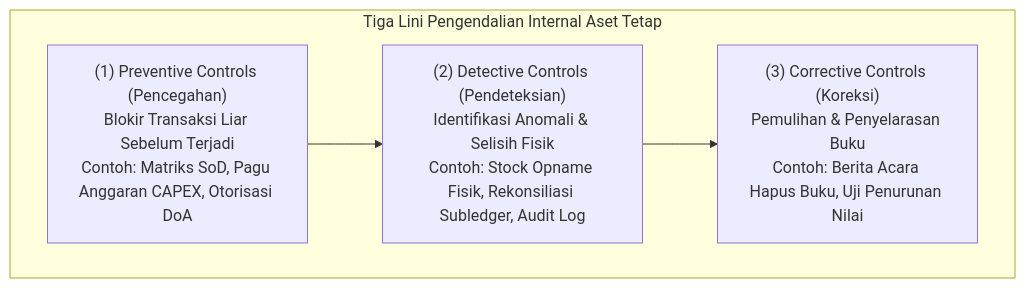
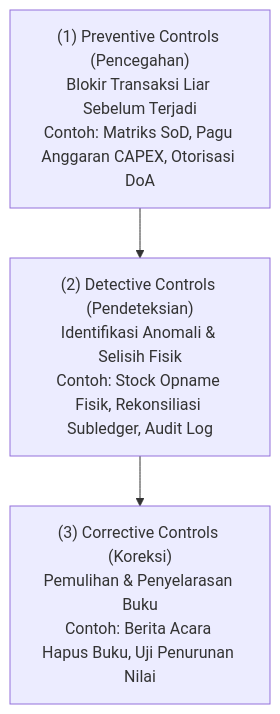
Before and after one commit to alimurrofid/erp-notes: the first of 2 diagrams in content/08-assets/asset-controls-and-governance.md, drawn with Mermaid. The commit also changed other lines of this file and 58 other files, not shown here.

Commit message:
fix(content):Mermaid Subgraph

````diff
--- a/content/08-assets/asset-controls-and-governance.md
+++ b/content/08-assets/asset-controls-and-governance.md
@@ -9,9 +9,7 @@
 ```mermaid
 flowchart TD
-    subgraph COSOAssetControls["Tiga Lini Pengendalian Internal Aset Tetap"]
         Prev["(1) Preventive Controls (Pencegahan)<br/>Blokir Transaksi Liar Sebelum Terjadi<br/>Contoh: Matriks SoD, Pagu Anggaran CAPEX, Otorisasi DoA"]
         Det["(2) Detective Controls (Pendeteksian)<br/>Identifikasi Anomali & Selisih Fisik<br/>Contoh: Stock Opname Fisik, Rekonsiliasi Subledger, Audit Log"]
         Corr["(3) Corrective Controls (Koreksi)<br/>Pemulihan & Penyelarasan Buku<br/>Contoh: Berita Acara Hapus Buku, Uji Penurunan Nilai"]
-    end
     Prev --> Det --> Corr
 ```
````
